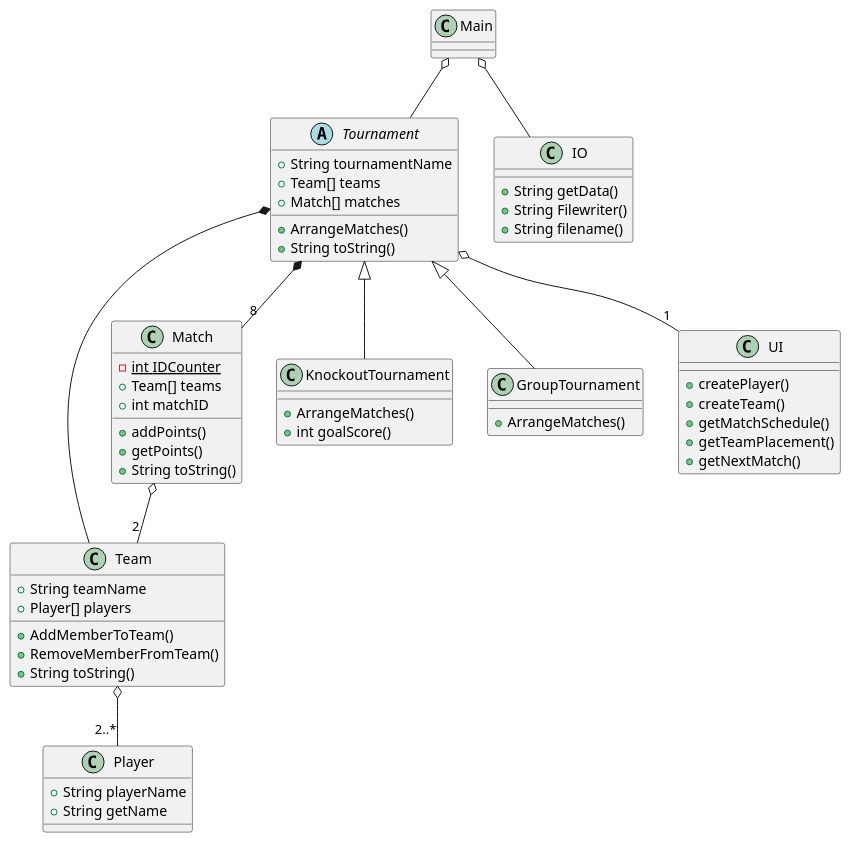
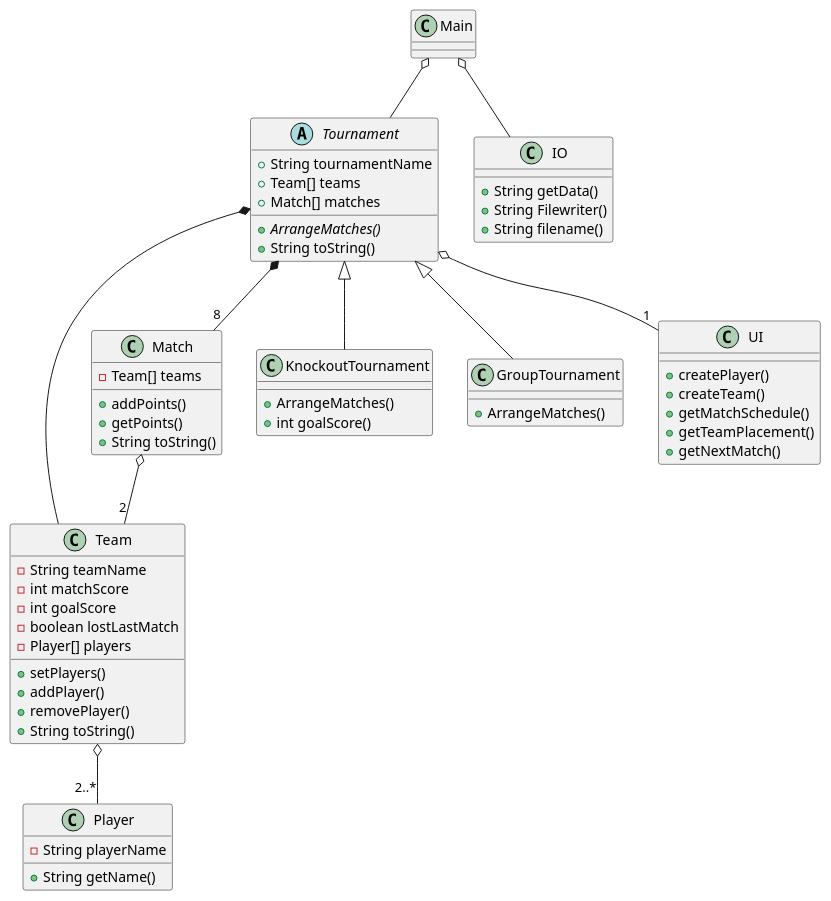
One commit to DeRp-DaWg/SP3 changed the diagram in doc/Class.puml. Above: the diagram before and after it, drawn with PlantUML.

Commit message:
Lavet af Andreas

```diff
--- a/doc/Class.puml
+++ b/doc/Class.puml
@@ -1,70 +1,72 @@
 @startuml
 'https://plantuml.com/class-diagram
 
 class Player {
-+String playerName
-+String getName
+-String playerName
++String getName()
 }
 
 class Team {
-+String teamName
-+Player[] players
-+AddMemberToTeam()
-+RemoveMemberFromTeam()
+-String teamName
+-int matchScore
+-int goalScore
+-boolean lostLastMatch
+-Player[] players
++setPlayers()
++addPlayer()
++removePlayer()
 +String toString()
 }
 
 class Match{
--int {static} IDCounter
-+Team[] teams
-+int matchID
+-Team[] teams
 +addPoints()
 +getPoints()
 +String toString()
 }
 
 abstract Tournament {
 +String tournamentName
 +Team[] teams
 +Match[] matches
-+ArrangeMatches()
++{abstract}ArrangeMatches()
 +String toString()
 }
 
 class KnockoutTournament{
 +ArrangeMatches()
 +int goalScore()
 }
 
 class GroupTournament{
 +ArrangeMatches()
 }
 
 class UI {
 +createPlayer()
 +createTeam()
 +getMatchSchedule()
 +getTeamPlacement()
 +getNextMatch()
 }
 
 class IO {
 +String getData()
 +String Filewriter()
 +String filename()
 }
 
 class Main{
 }
 
 Main o-- Tournament
 Main o-- IO
 Tournament o-- "1" UI
 Tournament *-- "8" Match
 Tournament *-- Team
 Match o-- "2" Team
 Team o-- "2..*" Player
 Tournament <|-- KnockoutTournament
 Tournament <|-- GroupTournament
 
 @enduml
```
